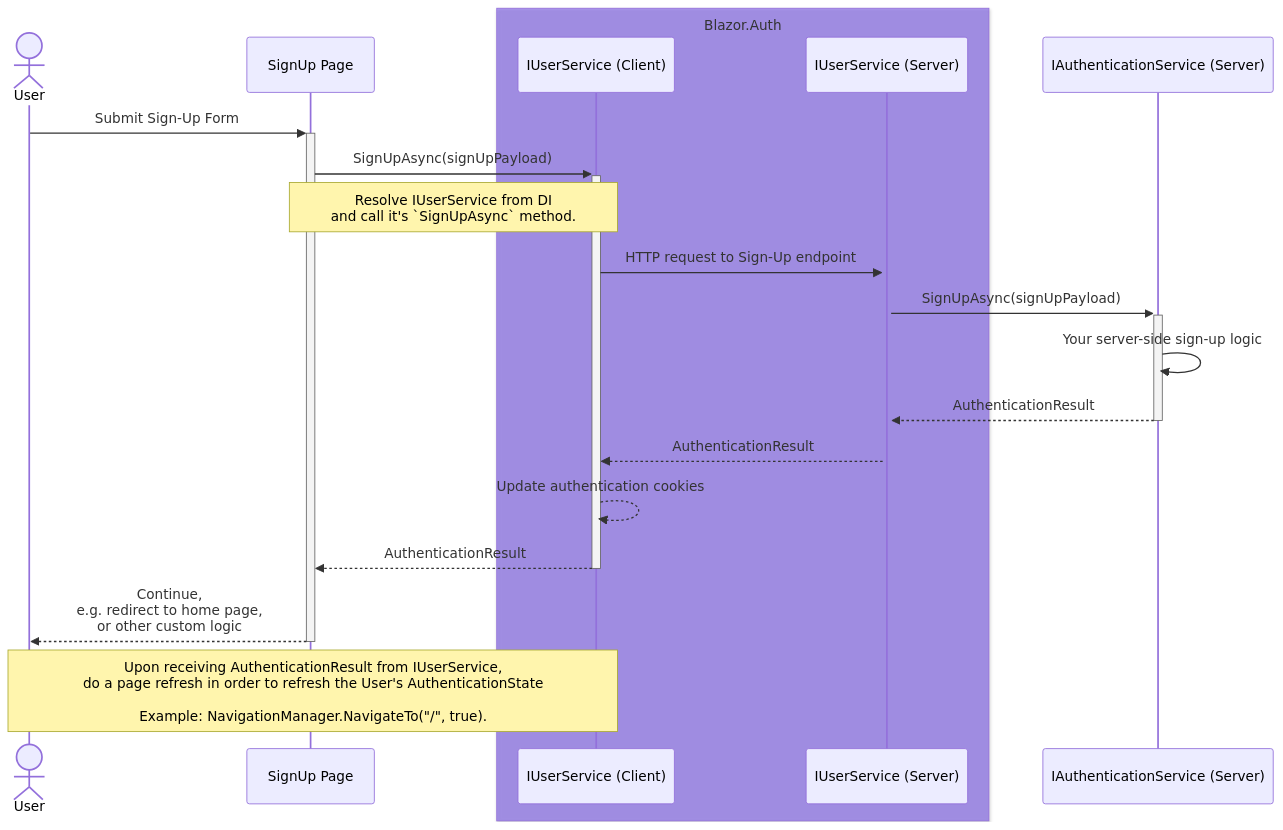
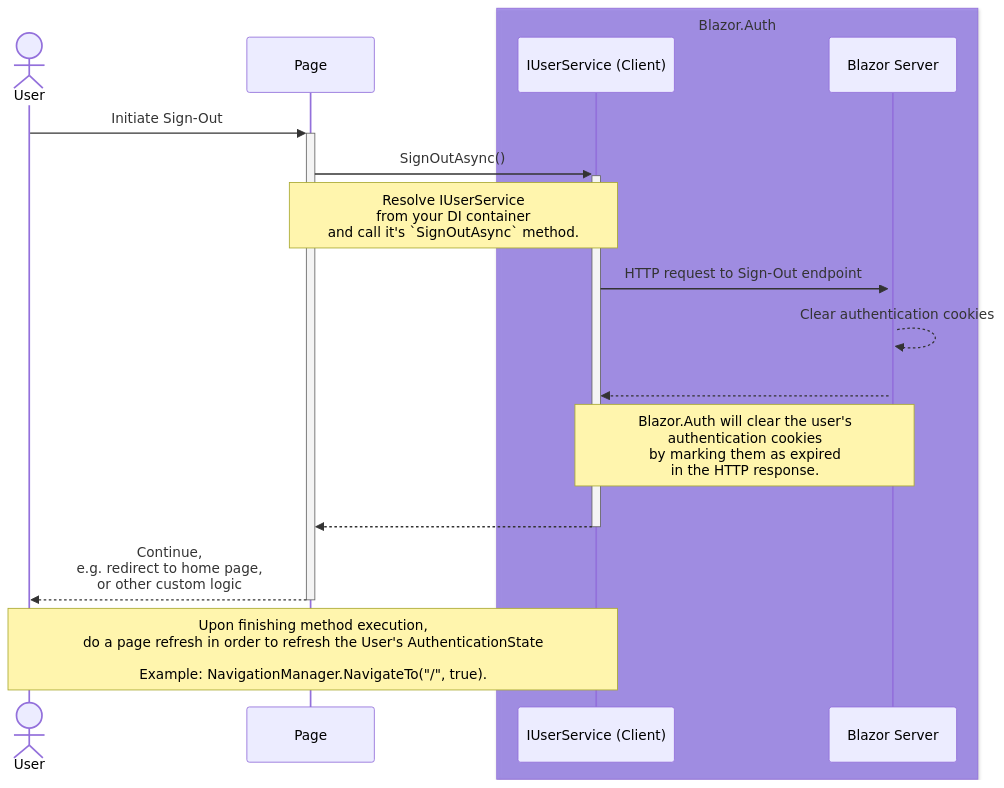
The second of 3 diagrams in docs/src/04.use-cases/02.interactive-webassembly.md (BitzArt/Blazor.Auth), drawn with Mermaid before and after one commit. The commit also changed other lines of this file and 101 other files, not shown here.

Commit message:
Blazor.Auth v2 (#33)

````diff
--- a/docs/src/04.use-cases/02.interactive-webassembly.md
+++ b/docs/src/04.use-cases/02.interactive-webassembly.md
@@ -42,30 +44,26 @@
 ```mermaid
 sequenceDiagram
 
 actor user as User
-participant page as SignUp Page
+participant page as Page
 
 box rgba(101, 63, 232, 0.5) Blazor.Auth
 participant userServiceClient as IUserService (Client)
-participant userServiceServer as IUserService (Server)
+participant userServiceServer as Blazor Server
 end
 
-participant authService as IAuthenticationService (Server)
+user ->>+ page: Initiate Sign-Out
+page ->>+ userServiceClient: SignOutAsync()
+note over page,userServiceClient: Resolve IUserService <br/> from your DI container<br/> and call it's `SignOutAsync` method.
+userServiceClient ->>+ userServiceServer: HTTP request to Sign-Out endpoint
 
-user ->>+ page: Submit Sign-Up Form
-page ->>+ userServiceClient: SignUpAsync(signUpPayload)
-note over page,userServiceClient: Resolve IUserService from DI<br/> and call it's `SignUpAsync` method.
-userServiceClient ->>+ userServiceServer: HTTP request to Sign-Up endpoint
+userServiceServer -->> userServiceServer: Clear authentication cookies
+userServiceServer -->> userServiceClient: #32;
 
-userServiceServer ->>+ authService: SignUpAsync(signUpPayload)
-authService ->> authService: Your server-side sign-up logic
+note over userServiceClient,userServiceServer: Blazor.Auth will clear the user's <br/> authentication cookies <br/> by marking them as expired <br/> in the HTTP response.
 
-authService -->>- userServiceServer: AuthenticationResult
-userServiceServer -->> userServiceClient: AuthenticationResult
-userServiceClient -->> userServiceClient: Update authentication cookies
-
-userServiceClient -->>- page: AuthenticationResult
+userServiceClient -->>- page: #32;
 page -->>- user: Continue, <br/> e.g. redirect to home page, <br/> or other custom logic
 
-note over user,userServiceClient: Upon receiving AuthenticationResult from IUserService, <br/> do a page refresh in order to refresh the User's AuthenticationState<br/><br/> Example: NavigationManager.NavigateTo("/", true).
+note over user,userServiceClient: Upon finishing method execution, <br/> do a page refresh in order to refresh the User's AuthenticationState<br/><br/> Example: NavigationManager.NavigateTo("/", true).
 ```
````
